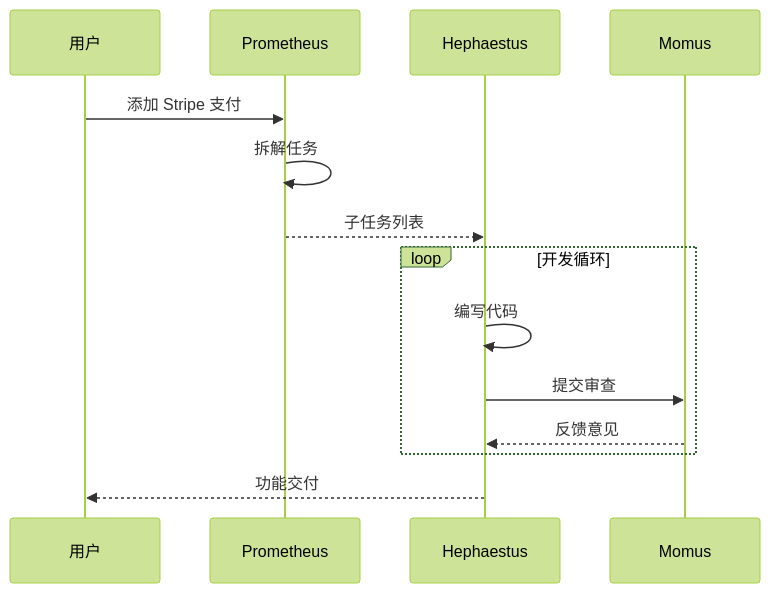
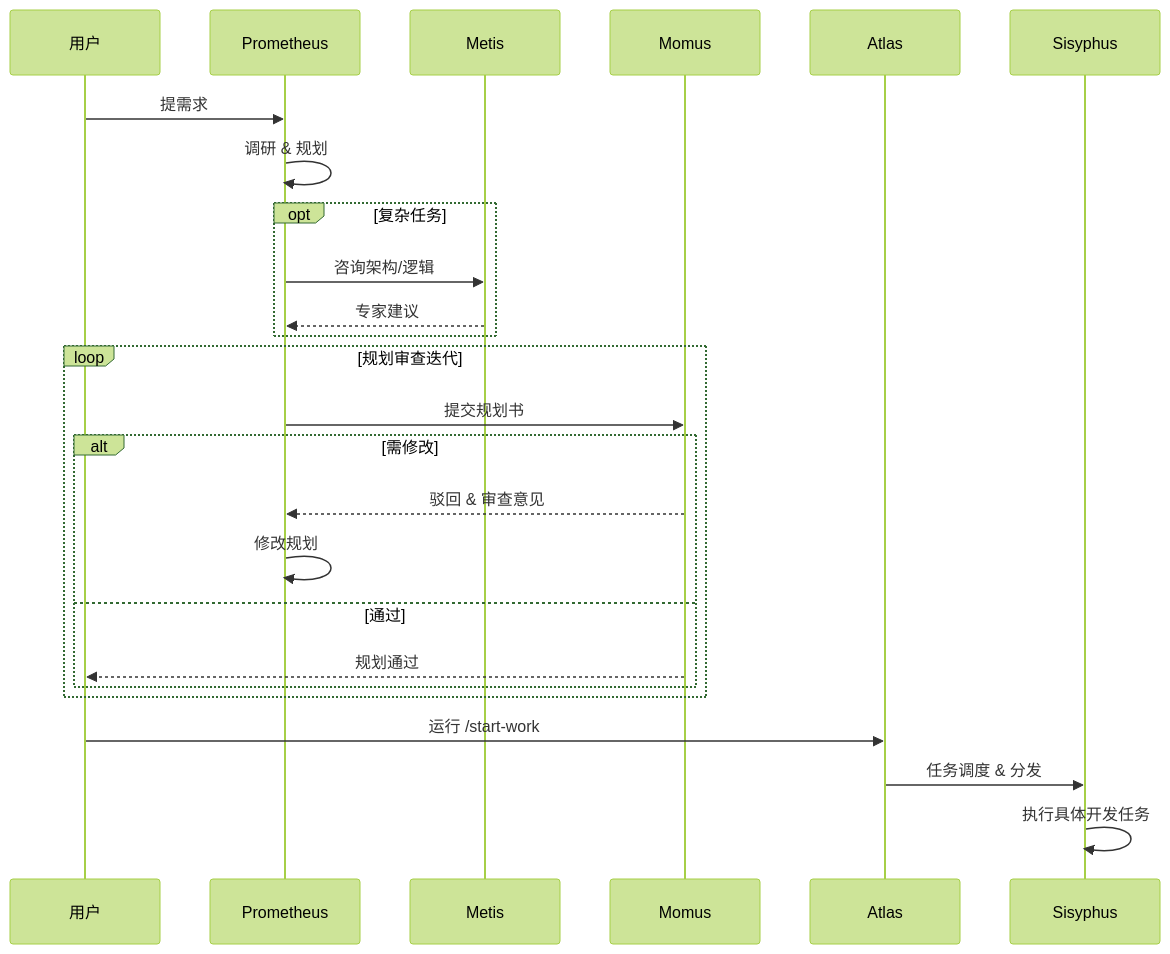
Before and after one commit to sean2077/opencode-presentation: the fourth of 4 diagrams in slides.md, drawn with Mermaid (forest theme). The commit also changed other lines of this file, not shown here.

````diff
--- a/slides.md
+++ b/slides.md
@@ -776,17 +779,30 @@
 ```mermaid
 sequenceDiagram
     participant U as 用户
     participant P as Prometheus
-    participant H as Hephaestus
-    participant M as Momus
+    participant Me as Metis
+    participant Mo as Momus
+    participant A as Atlas
+    participant S as Sisyphus
     
-    U->>P: 添加 Stripe 支付
-    P->>P: 拆解任务
-    P-->>H: 子任务列表
-    loop 开发循环
-        H->>H: 编写代码
-        H->>M: 提交审查
-        M-->>H: 反馈意见
+    U->>P: 提需求
+    P->>P: 调研 & 规划
+    opt 复杂任务
+        P->>Me: 咨询架构/逻辑
+        Me-->>P: 专家建议
     end
-    H-->>U: 功能交付
+    
+    loop 规划审查迭代
+        P->>Mo: 提交规划书
+        alt 需修改
+            Mo-->>P: 驳回 & 审查意见
+            P->>P: 修改规划
+        else 通过
+            Mo-->>U: 规划通过
+        end
+    end
+    
+    U->>A: 运行 /start-work
+    A->>S: 任务调度 & 分发
+    S->>S: 执行具体开发任务
 ```
````
